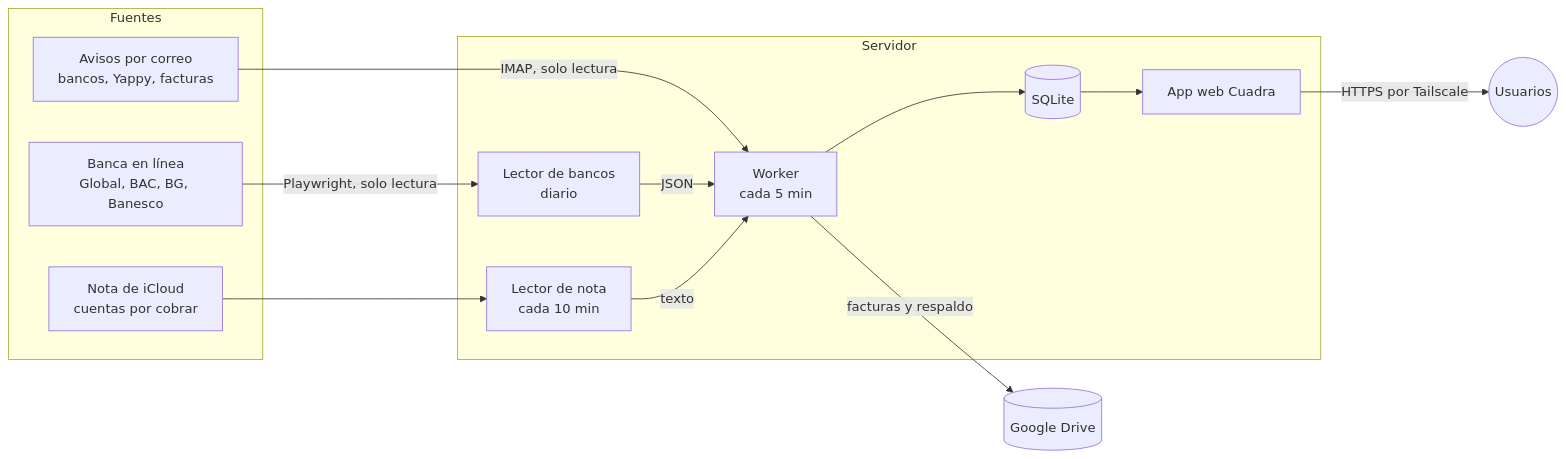
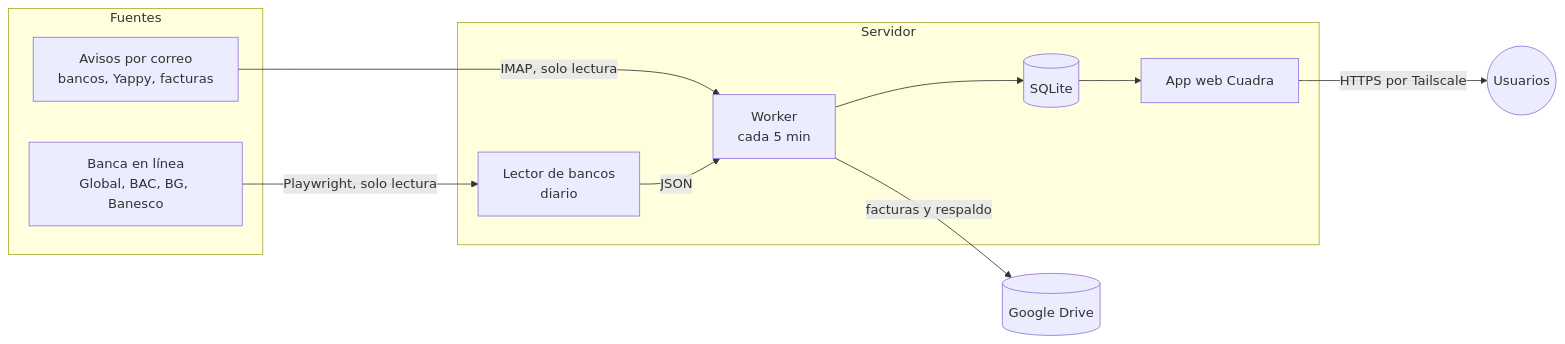
The diagram in README.md (KleverBatista-max/cuadra), drawn with Mermaid before and after one commit. The commit also changed other lines of this file and 18 other files, not shown here.

````diff
--- a/README.md
+++ b/README.md
@@ -31,23 +120,19 @@
 ```mermaid
 flowchart LR
     subgraph Fuentes
         A[Avisos por correo<br/>bancos, Yappy, facturas]
         B[Banca en línea<br/>Global, BAC, BG, Banesco]
-        C[Nota de iCloud<br/>cuentas por cobrar]
     end
     subgraph Servidor
         W[Worker<br/>cada 5 min]
         L[Lector de bancos<br/>diario]
-        N[Lector de nota<br/>cada 10 min]
         D[(SQLite)]
         P[App web Cuadra]
     end
     A -->|IMAP, solo lectura| W
     B -->|Playwright, solo lectura| L
-    C --> N
     L -->|JSON| W
-    N -->|texto| W
     W --> D --> P
     W -->|facturas y respaldo| G[(Google Drive)]
     P -->|HTTPS por Tailscale| U((Usuarios))
 ```
````
